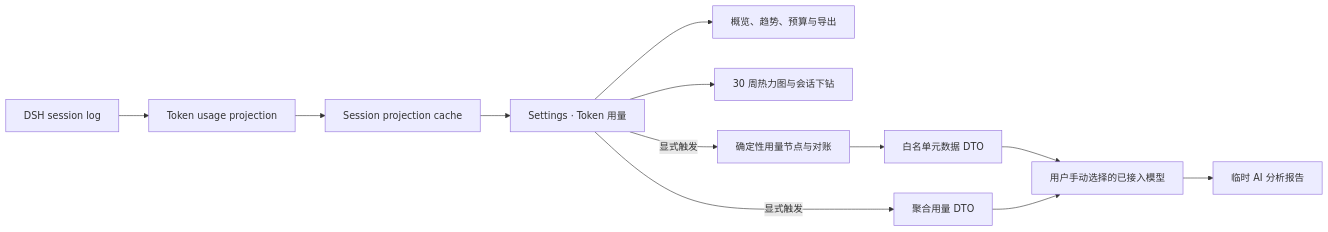
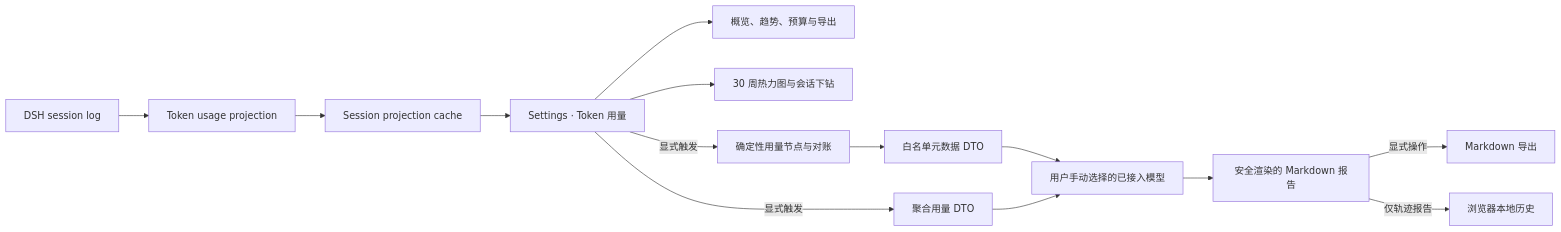
The diagram in README.md (LeemanCheung/dsh-token-usage), drawn with Mermaid before and after one commit. The commit also changed other lines of this file and 34 other files, not shown here.

````diff
--- a/README.md
+++ b/README.md
@@ -167,14 +171,16 @@
 ```mermaid
 flowchart LR
   A[DSH session log] --> B[Token usage projection]
   B --> C[Session projection cache]
   C --> D[Settings · Token 用量]
   D --> E[概览、趋势、预算与导出]
   D --> F[30 周热力图与会话下钻]
   D -->|显式触发| G[确定性用量节点与对账]
   G --> H[白名单元数据 DTO]
   D -->|显式触发| J[聚合用量 DTO]
   H --> K[用户手动选择的已接入模型]
   J --> K
-  K --> I[临时 AI 分析报告]
+  K --> I[安全渲染的 Markdown 报告]
+  I -->|显式操作| L[Markdown 导出]
+  I -->|仅轨迹报告| M[浏览器本地历史]
 ```
````
